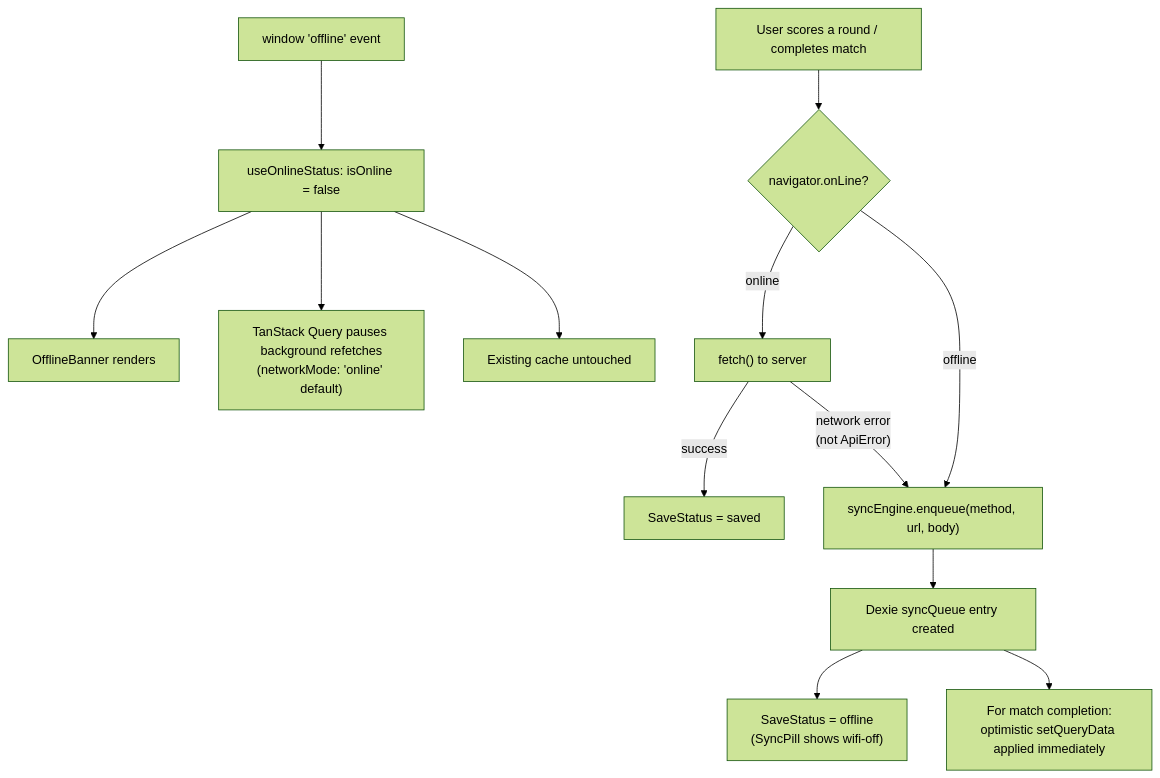
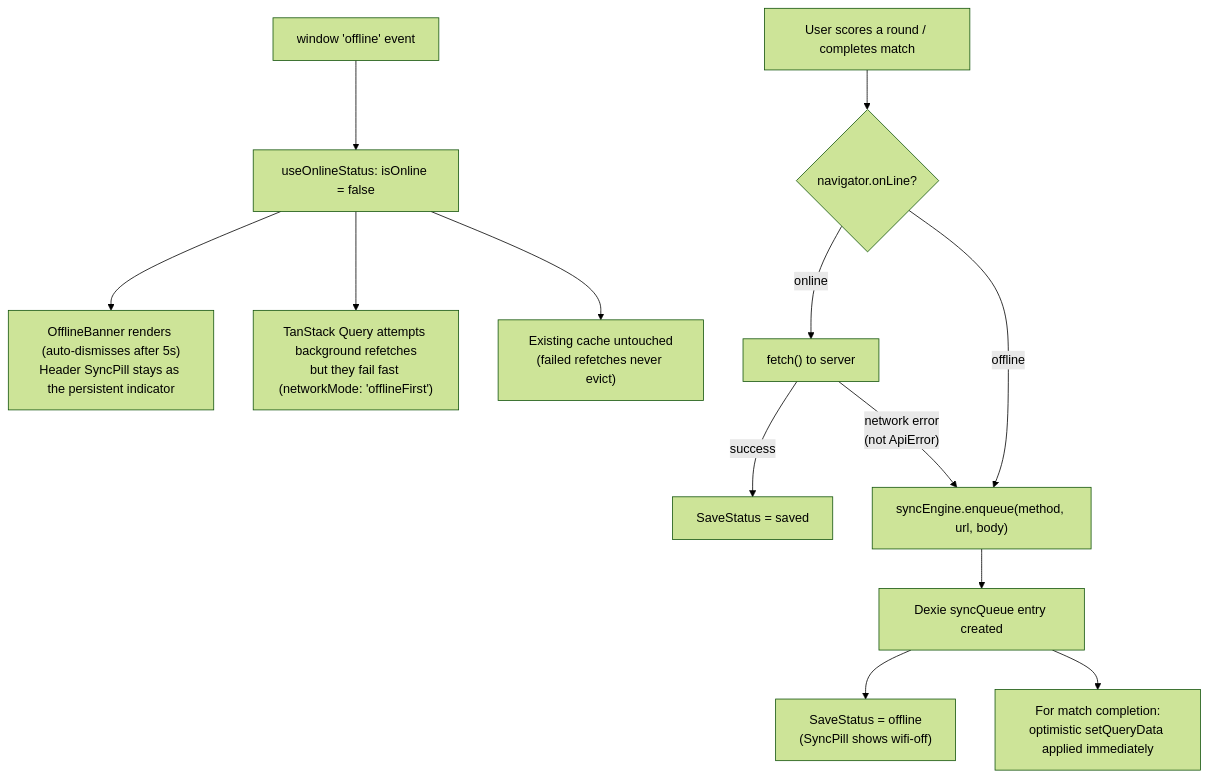
One commit to jolelievre/on-board changed the first of 2 diagrams in docs/offline-architecture.md. Above: the diagram before and after it, drawn with Mermaid (forest theme). The commit also changed other lines of this file and 11 other files, not shown here.

````diff
--- a/docs/offline-architecture.md
+++ b/docs/offline-architecture.md
@@ -83,16 +83,16 @@
 ```mermaid
 flowchart TD
     A["window 'offline' event"] --> B["useOnlineStatus: isOnline = false"]
-    B --> C["OfflineBanner renders"]
-    B --> D["TanStack Query pauses background refetches\n(networkMode: 'online' default)"]
-    B --> E["Existing cache untouched"]
+    B --> C["OfflineBanner renders (auto-dismisses after 5s)\nHeader SyncPill stays as the persistent indicator"]
+    B --> D["TanStack Query attempts background refetches\nbut they fail fast (networkMode: 'offlineFirst')"]
+    B --> E["Existing cache untouched\n(failed refetches never evict)"]
 
     F["User scores a round / completes match"] --> G{"navigator.onLine?"}
     G -- online --> H["fetch() to server"]
     H -- success --> I["SaveStatus = saved"]
     H -- "network error\n(not ApiError)" --> J
     G -- offline --> J["syncEngine.enqueue(method, url, body)"]
     J --> K["Dexie syncQueue entry created"]
     K --> L["SaveStatus = offline\n(SyncPill shows wifi-off)"]
     K --> M["For match completion:\noptimistic setQueryData applied immediately"]
 ```
````
